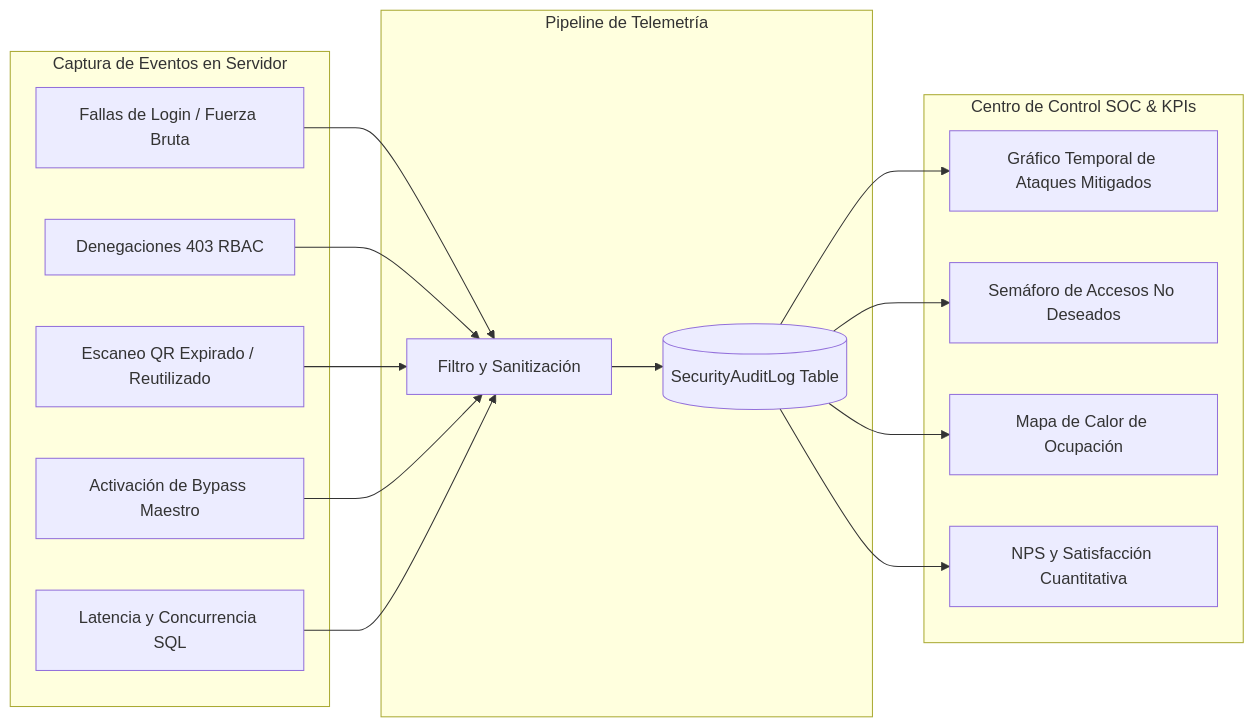
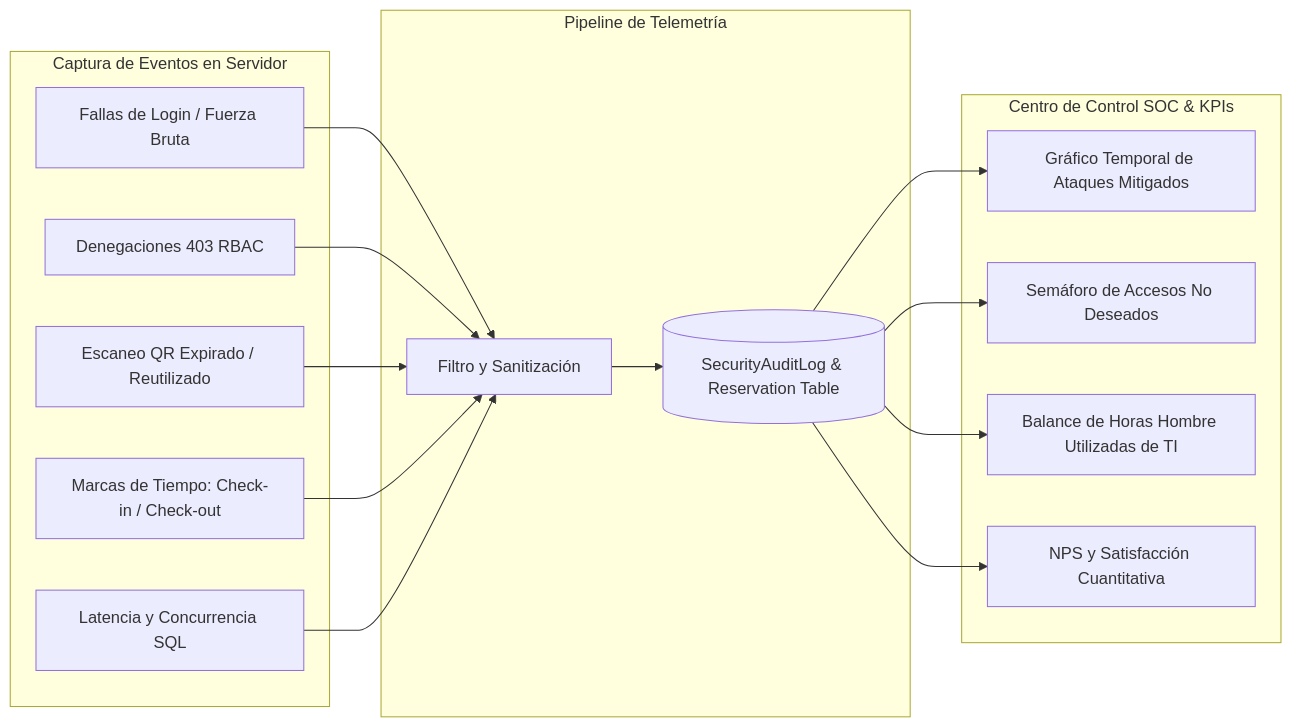
Before and after one commit to IMANDOI/sistema-gestion-auditorios-capstone: the eighth of 12 diagrams in informe_fase_1_definicion_proyecto.md, drawn with Mermaid. The commit also changed other lines of this file, not shown here.

Commit message:
docs(fase1): precision metrica de horas hombre utilizadas de TI (informe_fase_1_definicion_proyecto.md)

````diff
--- a/informe_fase_1_definicion_proyecto.md
+++ b/informe_fase_1_definicion_proyecto.md
@@ -347,33 +347,33 @@
 ```mermaid
 graph LR
     subgraph Captura de Eventos en Servidor
         E1[Fallas de Login / Fuerza Bruta]
         E2[Denegaciones 403 RBAC]
         E3[Escaneo QR Expirado / Reutilizado]
-        E4[Activación de Bypass Maestro]
+        E4[Marcas de Tiempo: Check-in / Check-out]
         E5[Latencia y Concurrencia SQL]
     end
 
     subgraph Pipeline de Telemetría
         P1[Filtro y Sanitización]
-        P2[(SecurityAuditLog Table)]
+        P2[(SecurityAuditLog & Reservation Table)]
     end
 
     subgraph Centro de Control SOC & KPIs
         D1[Gráfico Temporal de Ataques Mitigados]
         D2[Semáforo de Accesos No Deseados]
-        D3[Mapa de Calor de Ocupación]
+        D3[Balance de Horas Hombre Utilizadas de TI]
         D4[NPS y Satisfacción Cuantitativa]
     end
 
     E1 --> P1
     E2 --> P1
     E3 --> P1
     E4 --> P1
     E5 --> P1
     P1 --> P2
     P2 --> D1
     P2 --> D2
     P2 --> D3
     P2 --> D4
 ```
````
